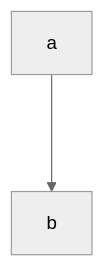
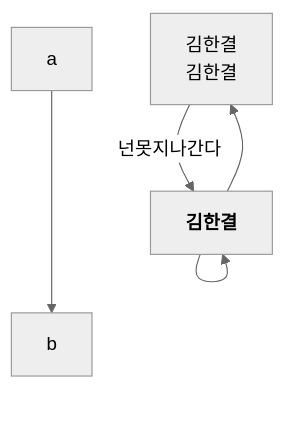
Before and after one commit to shinhjooh0/test-docs: the first of 5 diagrams in test/README.md, drawn with Mermaid (neutral theme). The commit also changed other lines of this file, not shown here.

Commit message:
mermaid test추가

````diff
--- a/test/README.md
+++ b/test/README.md
@@ -6,4 +6,9 @@
 ```mermaid
 flowchart TB
  a ---> b
+ p1["김한결<br>김한결"] 
+ p2["`**김한결**`"]
+ p1 -->|넌못지나간다| p2
+ p2 --> p2
+ p2 --> p1
  ```
````
